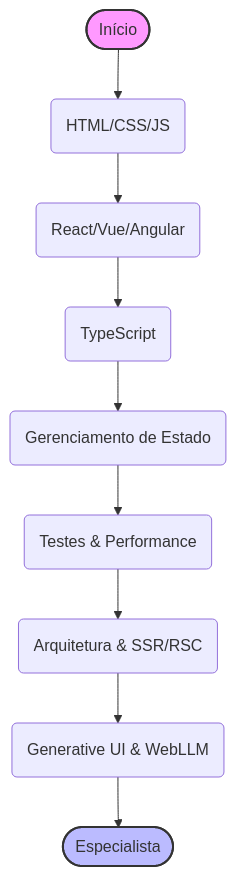
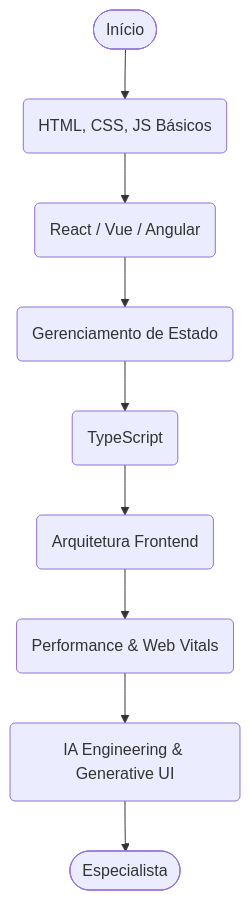
Before and after one commit to juninmd/roadmap-developer: the diagram in roadmaps/frontend/frontend.md, drawn with Mermaid. The commit also changed other lines of this file and 2 other files, not shown here.

First line of the commit message:
docs: condense roadmaps and refine content for 2026

````diff
--- a/roadmaps/frontend/frontend.md
+++ b/roadmaps/frontend/frontend.md
@@ -5,14 +5,11 @@
 ```mermaid
 flowchart TD
-    Start([Início]) --> Base(HTML/CSS/JS)
-    Base --> Framework(React/Vue/Angular)
-    Framework --> TS(TypeScript)
-    TS --> State(Gerenciamento de Estado)
-    State --> Test(Testes & Performance)
-    Test --> Arch(Arquitetura & SSR/RSC)
-    Arch --> AI(Generative UI & WebLLM)
+    Start([Início]) --> HTML(HTML, CSS, JS Básicos)
+    HTML --> Framework(React / Vue / Angular)
+    Framework --> State(Gerenciamento de Estado)
+    State --> TypeScript(TypeScript)
+    TypeScript --> Arch(Arquitetura Frontend)
+    Arch --> Perf(Performance & Web Vitals)
+    Perf --> AI(IA Engineering & Generative UI)
     AI --> Spec([Especialista])
-
-    style Start fill:#f9f,stroke:#333,stroke-width:2px
-    style Spec fill:#bbf,stroke:#333,stroke-width:2px
 ```
````
